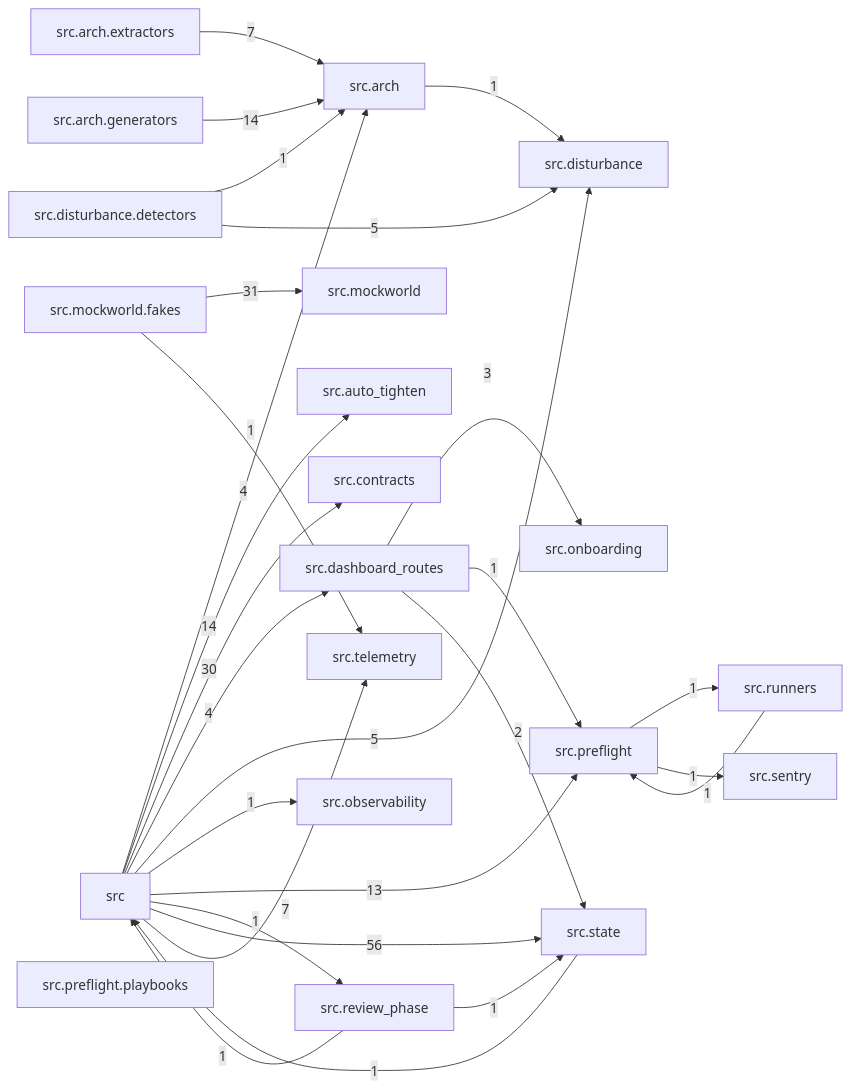
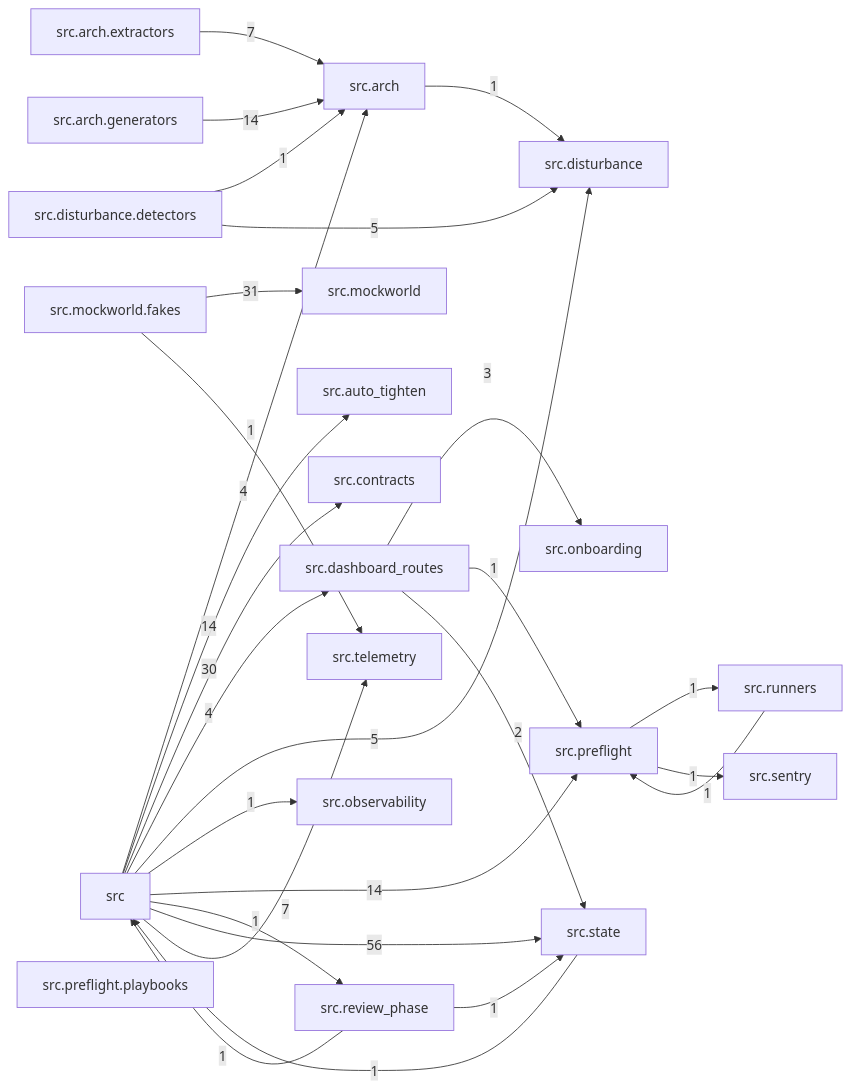
The diagram in docs/arch/generated/modules.md (T-rav/hydraflow), drawn with Mermaid before and after one commit. The commit also changed 11 other files, not shown here.

````diff
--- a/docs/arch/generated/modules.md
+++ b/docs/arch/generated/modules.md
@@ -7,49 +7,49 @@
 ```mermaid
 graph LR
     src["src"]
     src_arch["src.arch"]
     src_arch_extractors["src.arch.extractors"]
     src_arch_generators["src.arch.generators"]
     src_auto_tighten["src.auto_tighten"]
     src_contracts["src.contracts"]
     src_dashboard_routes["src.dashboard_routes"]
     src_disturbance["src.disturbance"]
     src_disturbance_detectors["src.disturbance.detectors"]
     src_mockworld["src.mockworld"]
     src_mockworld_fakes["src.mockworld.fakes"]
     src_observability["src.observability"]
     src_onboarding["src.onboarding"]
     src_preflight["src.preflight"]
     src_preflight_playbooks["src.preflight.playbooks"]
     src_review_phase["src.review_phase"]
     src_runners["src.runners"]
     src_sentry["src.sentry"]
     src_state["src.state"]
     src_telemetry["src.telemetry"]
     src -- "4" --> src_arch
     src -- "14" --> src_auto_tighten
     src -- "30" --> src_contracts
     src -- "4" --> src_dashboard_routes
     src -- "5" --> src_disturbance
     src -- "1" --> src_observability
-    src -- "13" --> src_preflight
+    src -- "14" --> src_preflight
     src -- "1" --> src_review_phase
     src -- "56" --> src_state
     src -- "7" --> src_telemetry
     src_arch -- "1" --> src_disturbance
     src_arch_extractors -- "7" --> src_arch
     src_arch_generators -- "14" --> src_arch
     src_dashboard_routes -- "3" --> src_onboarding
     src_dashboard_routes -- "1" --> src_preflight
     src_dashboard_routes -- "2" --> src_state
     src_disturbance_detectors -- "1" --> src_arch
     src_disturbance_detectors -- "5" --> src_disturbance
     src_mockworld_fakes -- "31" --> src_mockworld
     src_mockworld_fakes -- "1" --> src_telemetry
     src_preflight -- "1" --> src_runners
     src_preflight -- "1" --> src_sentry
     src_review_phase -- "1" --> src
     src_review_phase -- "1" --> src_state
     src_runners -- "1" --> src_preflight
     src_state -- "1" --> src
 ```
````
